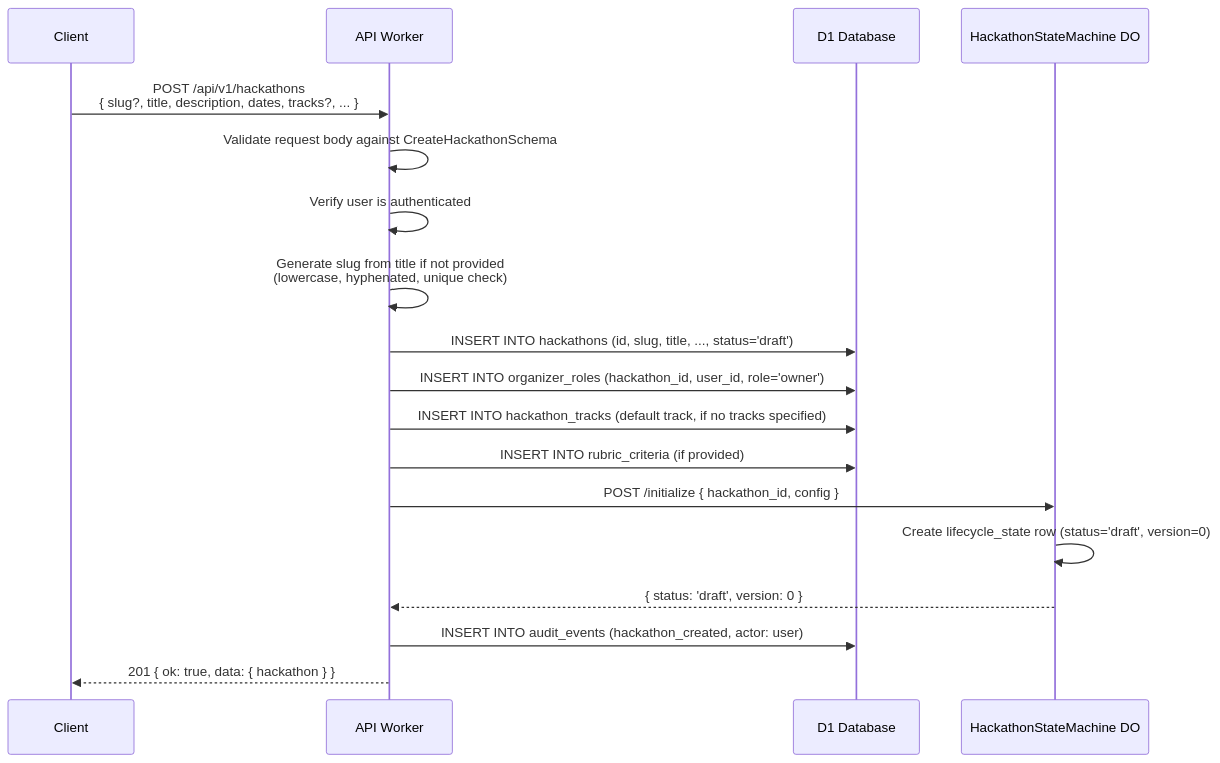
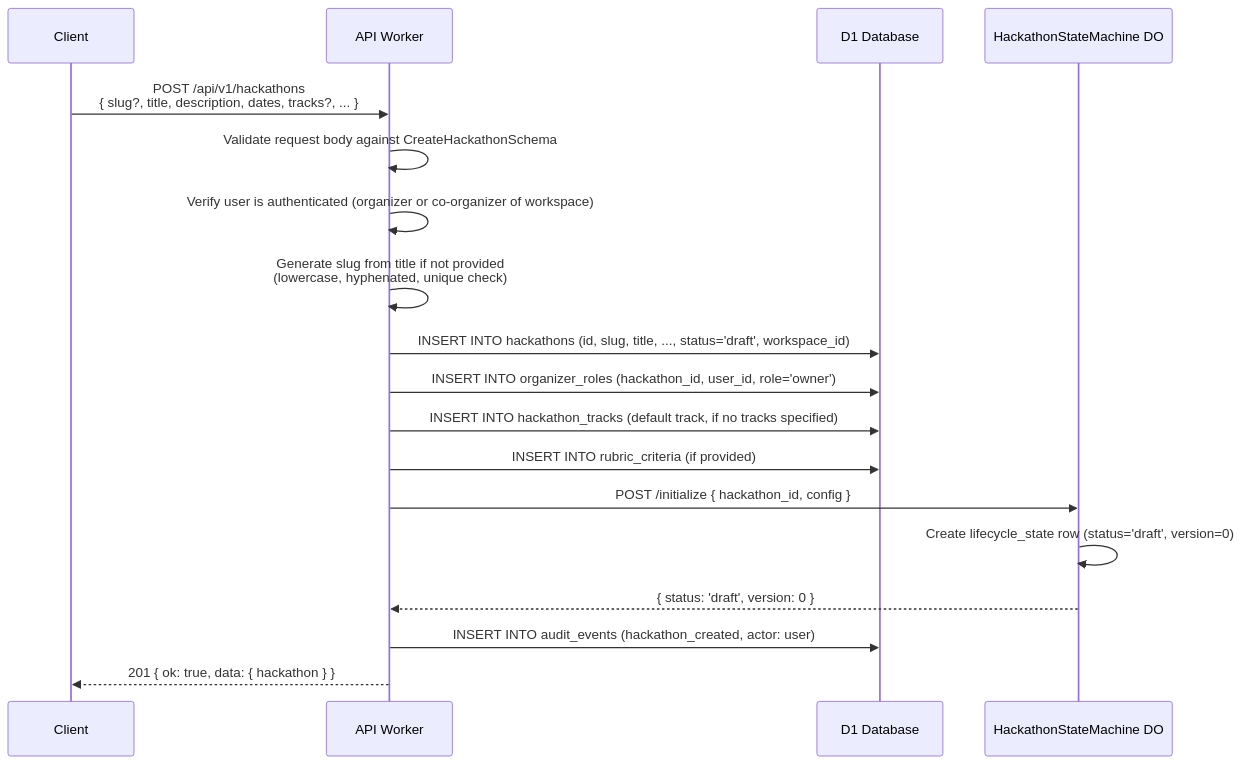
Before and after one commit to devangshupandey2025-stack/DevSage: the third of 7 diagrams in docs/v3/planned/hackathon-lifecycle.md, drawn with Mermaid. The commit also changed other lines of this file and 3 other files, not shown here.

First line of the commit message:
docs(core): verify and fix architecture, auth, lifecycle, and team docs

````diff
--- a/docs/v3/planned/hackathon-lifecycle.md
+++ b/docs/v3/planned/hackathon-lifecycle.md
@@ -229,24 +229,24 @@
 ```mermaid
 sequenceDiagram
     participant C as Client
     participant W as API Worker
     participant D1 as D1 Database
     participant DO as HackathonStateMachine DO
 
     C->>W: POST /api/v1/hackathons<br/>{ slug?, title, description, dates, tracks?, ... }
     W->>W: Validate request body against CreateHackathonSchema
-    W->>W: Verify user is authenticated
+    W->>W: Verify user is authenticated (organizer or co-organizer of workspace)
     W->>W: Generate slug from title if not provided<br/>(lowercase, hyphenated, unique check)
 
-    W->>D1: INSERT INTO hackathons (id, slug, title, ..., status='draft')
+    W->>D1: INSERT INTO hackathons (id, slug, title, ..., status='draft', workspace_id)
     W->>D1: INSERT INTO organizer_roles (hackathon_id, user_id, role='owner')
     W->>D1: INSERT INTO hackathon_tracks (default track, if no tracks specified)
     W->>D1: INSERT INTO rubric_criteria (if provided)
 
     W->>DO: POST /initialize { hackathon_id, config }
     DO->>DO: Create lifecycle_state row (status='draft', version=0)
     DO-->>W: { status: 'draft', version: 0 }
 
     W->>D1: INSERT INTO audit_events (hackathon_created, actor: user)
     W-->>C: 201 { ok: true, data: { hackathon } }
 ```
````
